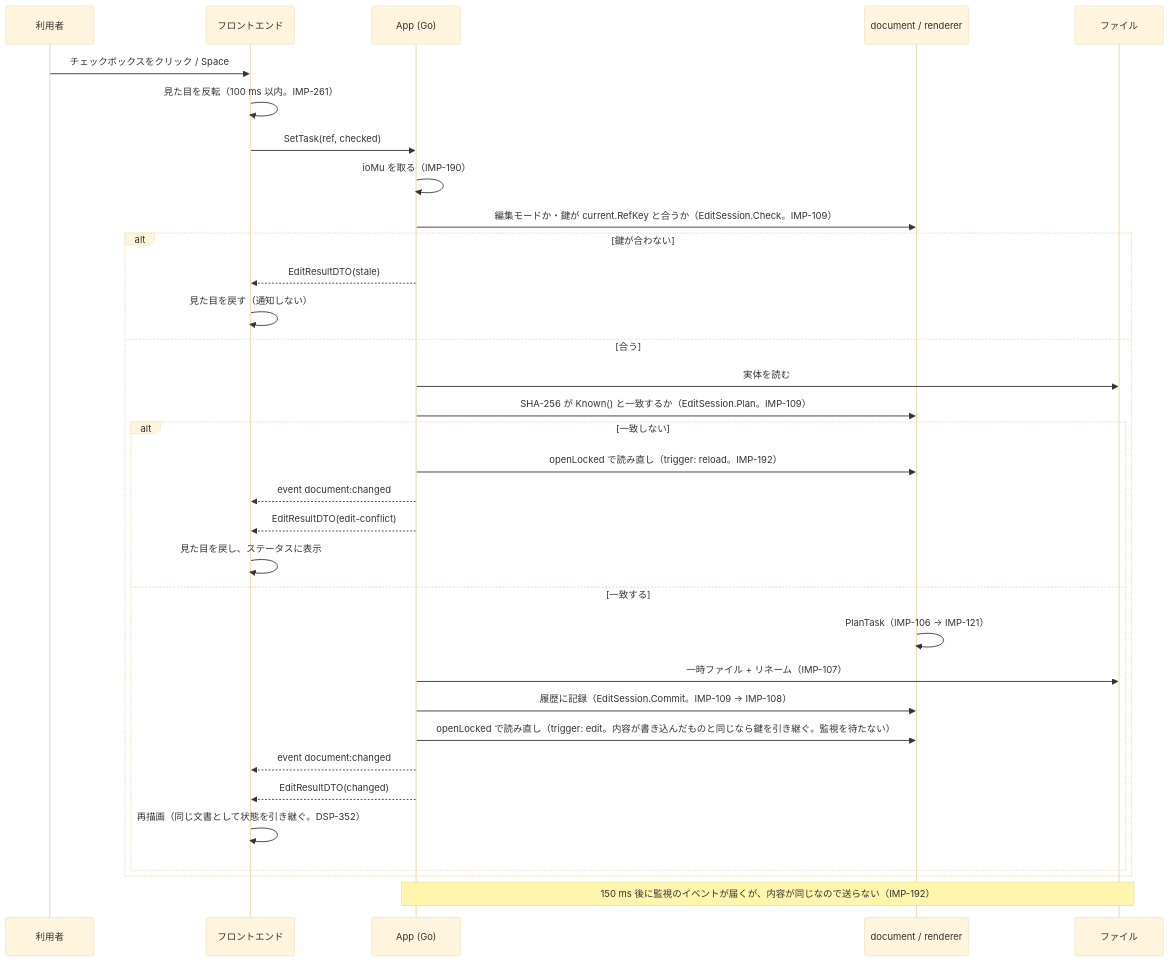
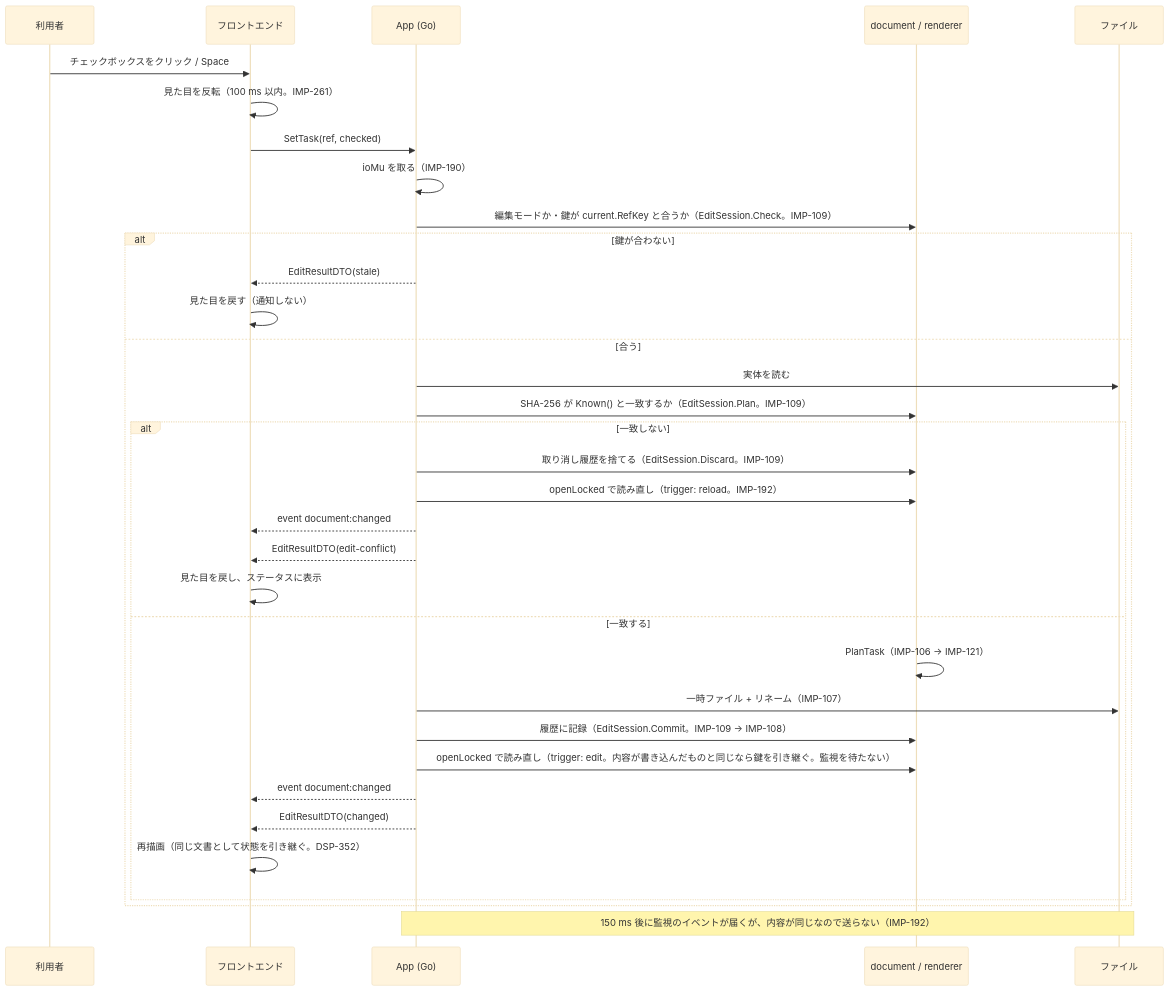
Before and after one commit to kznagamori/go_MarkView: the fourth of 4 diagrams in docs/specs/13-impl-interface.md, drawn with Mermaid (base theme). The commit also changed other lines of this file and 11 other files, not shown here.

````diff
--- a/docs/specs/13-impl-interface.md
+++ b/docs/specs/13-impl-interface.md
@@ -569,36 +697,37 @@
 ```mermaid
 sequenceDiagram
     participant U as 利用者
     participant FE as フロントエンド
     participant APP as App (Go)
     participant DOC as document / renderer
     participant FS as ファイル
 
     U->>FE: チェックボックスをクリック / Space
     FE->>FE: 見た目を反転（100 ms 以内。IMP-261）
     FE->>APP: SetTask(ref, checked)
     APP->>APP: ioMu を取る（IMP-190）
     APP->>DOC: 編集モードか・鍵が current.RefKey と合うか（EditSession.Check。IMP-109）
     alt 鍵が合わない
         APP-->>FE: EditResultDTO(stale)
         FE->>FE: 見た目を戻す（通知しない）
     else 合う
         APP->>FS: 実体を読む
         APP->>DOC: SHA-256 が Known() と一致するか（EditSession.Plan。IMP-109）
         alt 一致しない
+            APP->>DOC: 取り消し履歴を捨てる（EditSession.Discard。IMP-109）
             APP->>DOC: openLocked で読み直し（trigger: reload。IMP-192）
             APP-->>FE: event document:changed
             APP-->>FE: EditResultDTO(edit-conflict)
             FE->>FE: 見た目を戻し、ステータスに表示
         else 一致する
             DOC->>DOC: PlanTask（IMP-106 → IMP-121）
             APP->>FS: 一時ファイル + リネーム（IMP-107）
             APP->>DOC: 履歴に記録（EditSession.Commit。IMP-109 → IMP-108）
             APP->>DOC: openLocked で読み直し（trigger: edit。内容が書き込んだものと同じなら鍵を引き継ぐ。監視を待たない）
             APP-->>FE: event document:changed
             APP-->>FE: EditResultDTO(changed)
             FE->>FE: 再描画（同じ文書として状態を引き継ぐ。DSP-352）
         end
     end
     Note over APP,FS: 150 ms 後に監視のイベントが届くが、内容が同じなので送らない（IMP-192）
 ```
````
